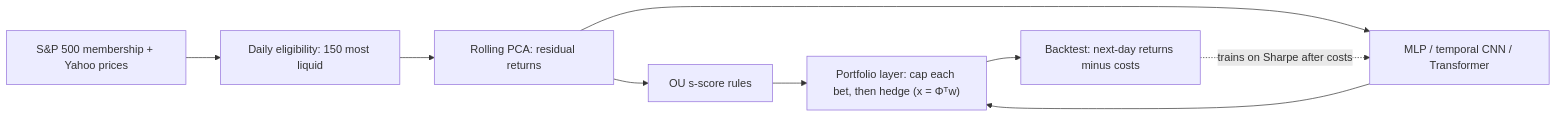
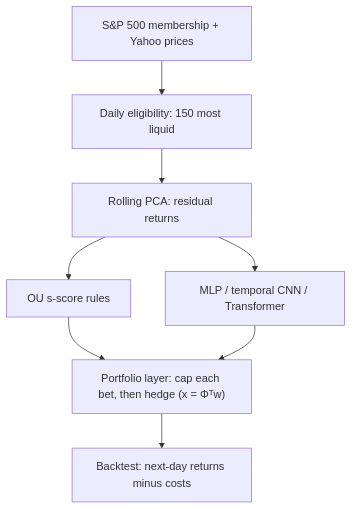
Before and after one commit to Amay-M-Nair/Sharpee: the diagram in README.md, drawn with Mermaid.

Commit message:
Make the README pipeline diagram vertical and readable

````diff
--- a/README.md
+++ b/README.md
@@ -21,11 +21,10 @@
 ```mermaid
-flowchart LR
+flowchart TD
     A["S&P 500 membership + Yahoo prices"] --> B["Daily eligibility: 150 most liquid"]
     B --> C["Rolling PCA: residual returns"]
     C --> D1["OU s-score rules"]
     C --> D2["MLP / temporal CNN / Transformer"]
     D1 --> E["Portfolio layer: cap each bet, then hedge (x = Φᵀw)"]
     D2 --> E
     E --> F["Backtest: next-day returns minus costs"]
-    F -. trains on Sharpe after costs .-> D2
 ```
````
